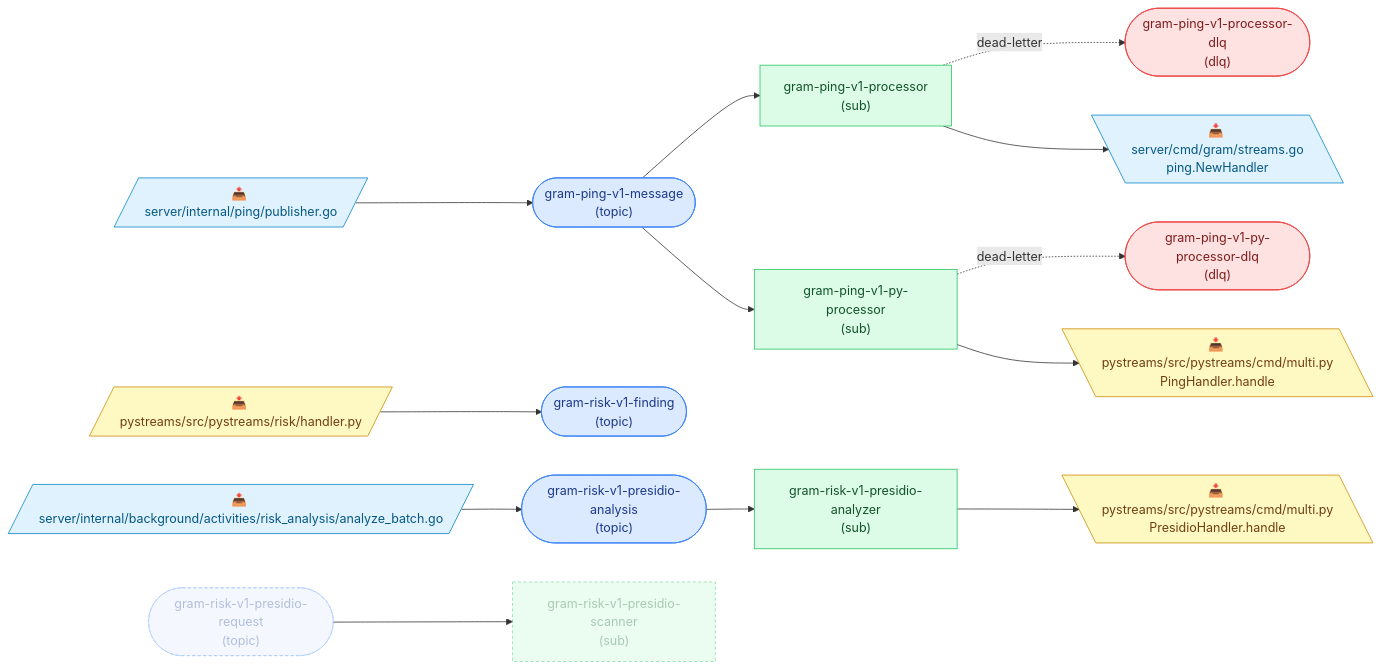
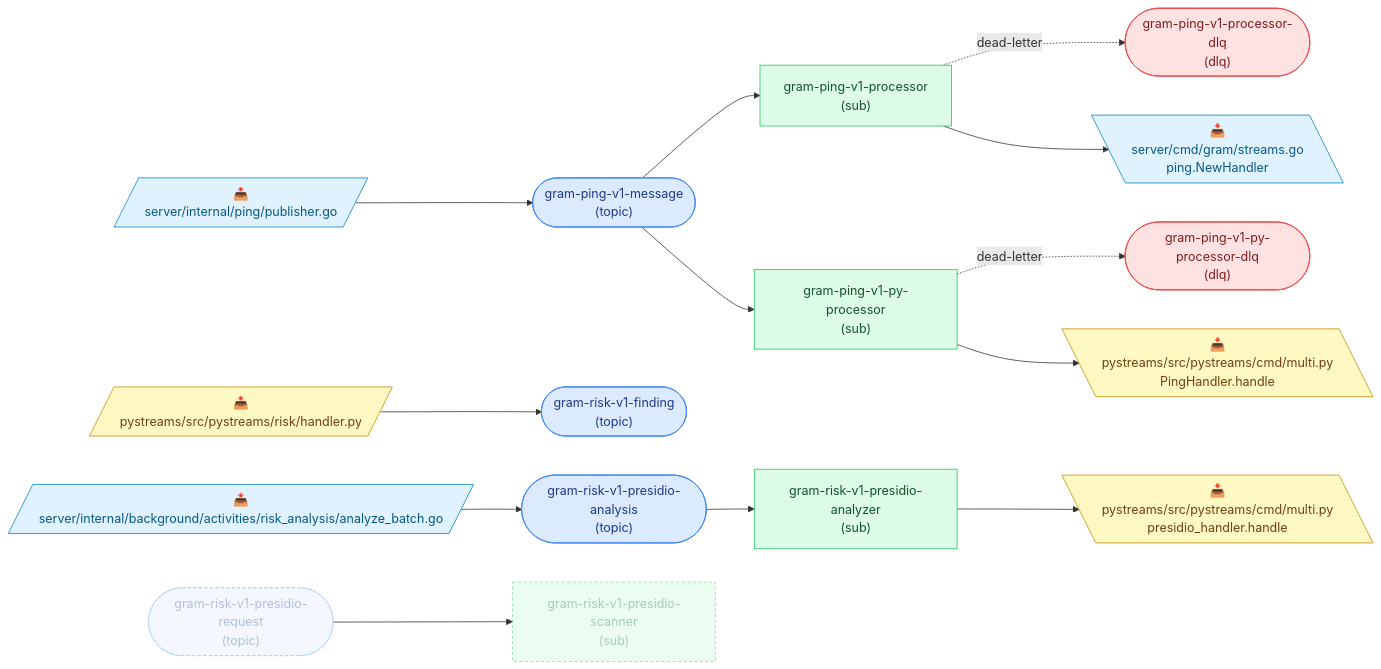
One commit to speakeasy-api/gram changed the diagram in docs/pubsub-topology.md. Above: the diagram before and after it, drawn with Mermaid. The commit also changed other lines of this file and 17 other files, not shown here.

First line of the commit message:
chore(pystreams): break the PresidioAnalyzer scan GIL ceiling with an in-pod process pool (#3579)

````diff
--- a/docs/pubsub-topology.md
+++ b/docs/pubsub-topology.md
@@ -9,57 +9,41 @@
 ```mermaid
 flowchart LR
   classDef topic fill:#dbeafe,stroke:#3b82f6,color:#1e3a8a;
   classDef dlq fill:#fee2e2,stroke:#ef4444,color:#7f1d1d;
   classDef sub fill:#dcfce7,stroke:#22c55e,color:#14532d;
   classDef go fill:#e0f2fe,stroke:#0284c7,color:#075985;
   classDef python fill:#fef9c3,stroke:#ca8a04,color:#713f12;
   classDef deprecated stroke-dasharray:4 3,opacity:0.55;
 
   t_gram_ping_v1_message(["gram-ping-v1-message<br/>(topic)"]):::topic
-  click t_gram_ping_v1_message "../infra/proto/gram/ping/v1/ping.proto#L10" "infra/proto/gram/ping/v1/ping.proto"
   t_gram_ping_v1_processor_dlq(["gram-ping-v1-processor-dlq<br/>(dlq)"]):::dlq
-  click t_gram_ping_v1_processor_dlq "../infra/proto/gram/ping/v1/processor.proto#L9" "infra/proto/gram/ping/v1/processor.proto"
   t_gram_ping_v1_py_processor_dlq(["gram-ping-v1-py-processor-dlq<br/>(dlq)"]):::dlq
-  click t_gram_ping_v1_py_processor_dlq "../infra/proto/gram/ping/v1/processor.proto#L23" "infra/proto/gram/ping/v1/processor.proto"
   t_gram_risk_v1_finding(["gram-risk-v1-finding<br/>(topic)"]):::topic
-  click t_gram_risk_v1_finding "../infra/proto/gram/risk/v1/finding.proto#L13" "infra/proto/gram/risk/v1/finding.proto"
   t_gram_risk_v1_presidio_analysis(["gram-risk-v1-presidio-analysis<br/>(topic)"]):::topic
-  click t_gram_risk_v1_presidio_analysis "../infra/proto/gram/risk/v1/presidio_analysis.proto#L9" "infra/proto/gram/risk/v1/presidio_analysis.proto"
   t_gram_risk_v1_presidio_request(["gram-risk-v1-presidio-request<br/>(topic)"]):::topic
-  click t_gram_risk_v1_presidio_request "../infra/proto/gram/risk/v1/presidio_request.proto#L10" "infra/proto/gram/risk/v1/presidio_request.proto"
   s_gram_ping_v1_processor["gram-ping-v1-processor<br/>(sub)"]:::sub
-  click s_gram_ping_v1_processor "../infra/proto/gram/ping/v1/processor.proto#L9" "infra/proto/gram/ping/v1/processor.proto"
   s_gram_ping_v1_py_processor["gram-ping-v1-py-processor<br/>(sub)"]:::sub
-  click s_gram_ping_v1_py_processor "../infra/proto/gram/ping/v1/processor.proto#L23" "infra/proto/gram/ping/v1/processor.proto"
   s_gram_risk_v1_presidio_analyzer["gram-risk-v1-presidio-analyzer<br/>(sub)"]:::sub
-  click s_gram_risk_v1_presidio_analyzer "../infra/proto/gram/risk/v1/presidio_analyzer.proto#L9" "infra/proto/gram/risk/v1/presidio_analyzer.proto"
   s_gram_risk_v1_presidio_scanner["gram-risk-v1-presidio-scanner<br/>(sub)"]:::sub
-  click s_gram_risk_v1_presidio_scanner "../infra/proto/gram/risk/v1/presidio_scanner.proto#L10" "infra/proto/gram/risk/v1/presidio_scanner.proto"
 
-  p0[/"📤 server/internal/ping/publisher.go"/]:::go
+  p0[/"📤<br/>server/internal/ping/publisher.go"/]:::go
   p0 --> t_gram_ping_v1_message
-  click p0 "../server/internal/ping/publisher.go#L36" "server/internal/ping/publisher.go:36"
-  p1[/"📤 pystreams/src/pystreams/risk/handler.py"/]:::python
+  p1[/"📤<br/>pystreams/src/pystreams/risk/handler.py"/]:::python
   p1 --> t_gram_risk_v1_finding
-  click p1 "../pystreams/src/pystreams/risk/handler.py#L217" "pystreams/src/pystreams/risk/handler.py:217"
-  p2[/"📤 server/internal/background/activities/risk_analysis/analyze_batch.go"/]:::go
+  p2[/"📤<br/>server/internal/background/activities/risk_analysis/analyze_batch.go"/]:::go
   p2 --> t_gram_risk_v1_presidio_analysis
-  click p2 "../server/internal/background/activities/risk_analysis/analyze_batch.go#L364" "server/internal/background/activities/risk_analysis/analyze_batch.go:364"
   t_gram_ping_v1_message --> s_gram_ping_v1_processor
   s_gram_ping_v1_processor -. dead-letter .-> t_gram_ping_v1_processor_dlq
   t_gram_ping_v1_message --> s_gram_ping_v1_py_processor
   s_gram_ping_v1_py_processor -. dead-letter .-> t_gram_ping_v1_py_processor_dlq
   t_gram_risk_v1_presidio_analysis --> s_gram_risk_v1_presidio_analyzer
   t_gram_risk_v1_presidio_request --> s_gram_risk_v1_presidio_scanner
-  c3[\"📥 server/cmd/gram/streams.go<br/>ping.NewHandler"\]:::go
+  c3[\"📥<br/>server/cmd/gram/streams.go<br/>ping.NewHandler"\]:::go
   s_gram_ping_v1_processor --> c3
-  click c3 "../server/cmd/gram/streams.go#L215" "server/cmd/gram/streams.go:215"
-  c4[\"📥 pystreams/src/pystreams/cmd/multi.py<br/>PingHandler.handle"\]:::python
+  c4[\"📥<br/>pystreams/src/pystreams/cmd/multi.py<br/>PingHandler.handle"\]:::python
   s_gram_ping_v1_py_processor --> c4
-  click c4 "../pystreams/src/pystreams/cmd/multi.py#L118" "pystreams/src/pystreams/cmd/multi.py:118"
-  c5[\"📥 pystreams/src/pystreams/cmd/multi.py<br/>PresidioHandler.handle"\]:::python
+  c5[\"📥<br/>pystreams/src/pystreams/cmd/multi.py<br/>presidio_handler.handle"\]:::python
   s_gram_risk_v1_presidio_analyzer --> c5
-  click c5 "../pystreams/src/pystreams/cmd/multi.py#L123" "pystreams/src/pystreams/cmd/multi.py:123"
 
   class t_gram_risk_v1_presidio_request,s_gram_risk_v1_presidio_scanner deprecated;
 ```
````
